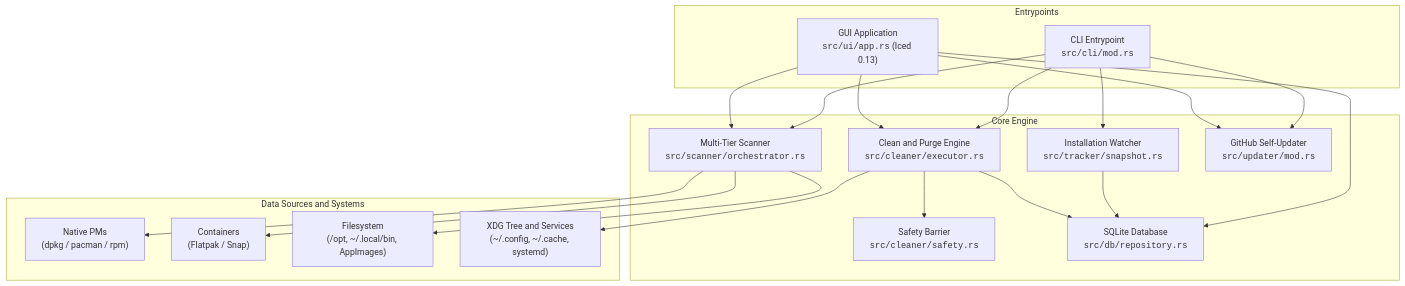
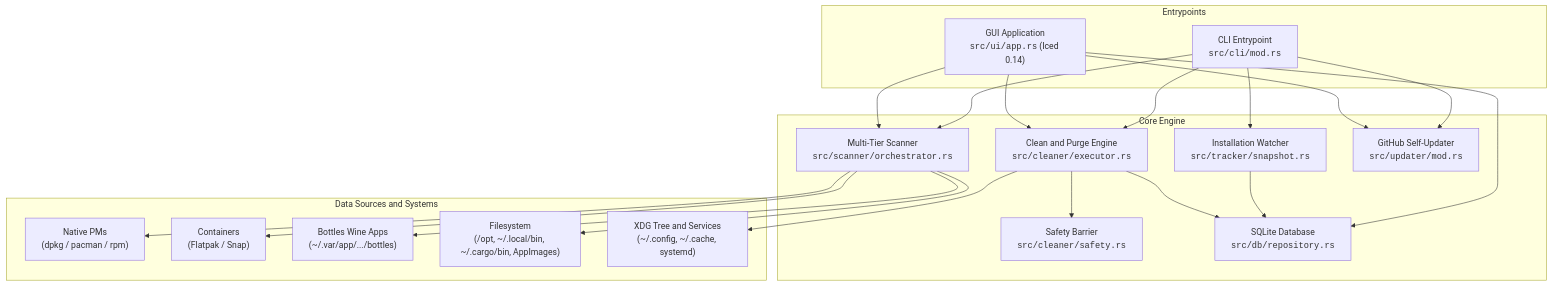
One commit to haydermuhib/SweepX changed the first of 3 diagrams in ARCHITECTURE.md. Above: the diagram before and after it, drawn with Mermaid. The commit also changed other lines of this file, not shown here.

Commit message:
docs: sync ARCHITECTURE.md with Iced 0.14, Bottles scanner, UI views, and Wayland window tracking

````diff
--- a/ARCHITECTURE.md
+++ b/ARCHITECTURE.md
@@ -9,42 +9,44 @@
 ```mermaid
 graph TD
     subgraph Entrypoints
         CLI["CLI Entrypoint<br><code>src/cli/mod.rs</code>"]
-        GUI["GUI Application<br><code>src/ui/app.rs</code> (Iced 0.13)"]
+        GUI["GUI Application<br><code>src/ui/app.rs</code> (Iced 0.14)"]
     end
 
     subgraph Core Engine
         Scanner["Multi-Tier Scanner<br><code>src/scanner/orchestrator.rs</code>"]
         Tracker["Installation Watcher<br><code>src/tracker/snapshot.rs</code>"]
         Cleaner["Clean and Purge Engine<br><code>src/cleaner/executor.rs</code>"]
         Safety["Safety Barrier<br><code>src/cleaner/safety.rs</code>"]
         DB["SQLite Database<br><code>src/db/repository.rs</code>"]
         Updater["GitHub Self-Updater<br><code>src/updater/mod.rs</code>"]
     end
 
     subgraph Data Sources and Systems
         NativePM["Native PMs<br>(dpkg / pacman / rpm)"]
         Containers["Containers<br>(Flatpak / Snap)"]
-        Filesystem["Filesystem<br>(/opt, ~/.local/bin, AppImages)"]
+        Bottles["Bottles Wine Apps<br>(~/.var/app/.../bottles)"]
+        Filesystem["Filesystem<br>(/opt, ~/.local/bin, ~/.cargo/bin, AppImages)"]
         XDG["XDG Tree and Services<br>(~/.config, ~/.cache, systemd)"]
     end
 
     CLI --> Scanner
     CLI --> Tracker
     CLI --> Cleaner
     CLI --> Updater
 
     GUI --> Scanner
     GUI --> Cleaner
     GUI --> DB
     GUI --> Updater
 
     Scanner --> NativePM
     Scanner --> Containers
+    Scanner --> Bottles
     Scanner --> Filesystem
 
     Tracker --> DB
     Cleaner --> Safety
     Cleaner --> XDG
     Cleaner --> DB
 ```
````
